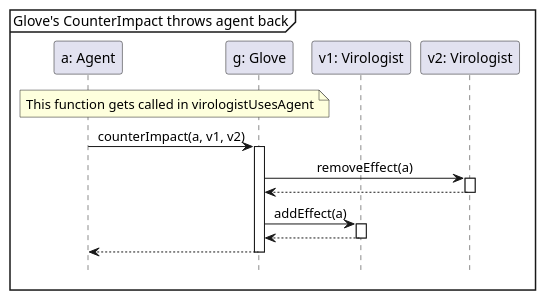
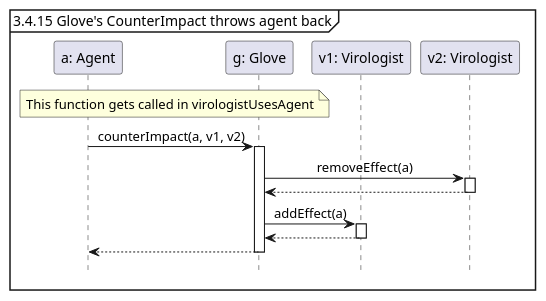
One commit to Tschonti/503-service-unavailable changed the diagram in docs/seqDiagrams/12_2gloveCounterImpact.puml. Above: the diagram before and after it, drawn with PlantUML. The commit also changed 9 other files, not shown here.

```diff
--- a/docs/seqDiagrams/12_2gloveCounterImpact.puml
+++ b/docs/seqDiagrams/12_2gloveCounterImpact.puml
@@ -1,21 +1,22 @@
 @startuml
 'https://plantuml.com/sequence-diagram
 
 hide footbox
-mainframe Glove's CounterImpact throws agent back
 skinparam sequenceMessageAlign center
+
+mainframe 3.4.15 Glove's CounterImpact throws agent back
 
 participant "a: Agent" as a
 participant "g: Glove" as g
 participant "v1: Virologist" as v1
 participant "v2: Virologist" as v2
 
 note over a, g : This function gets called in virologistUsesAgent
 a-> g ++: counterImpact(a, v1, v2)
     g -> v2 ++: removeEffect(a)
     return
     g -> v1 ++: addEffect(a)
     return
 return
 
 @enduml
```
